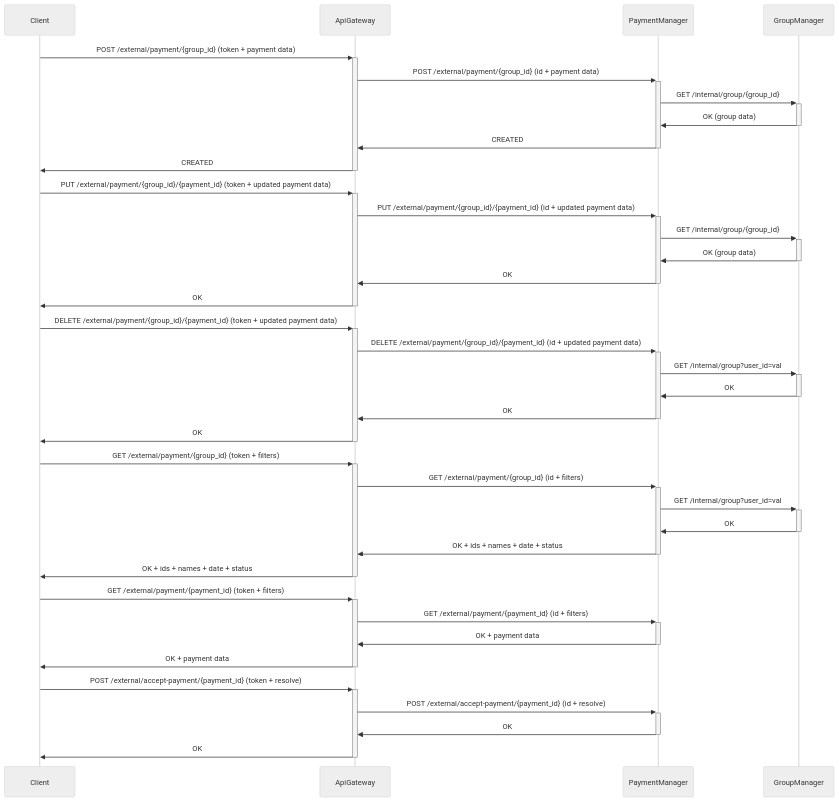
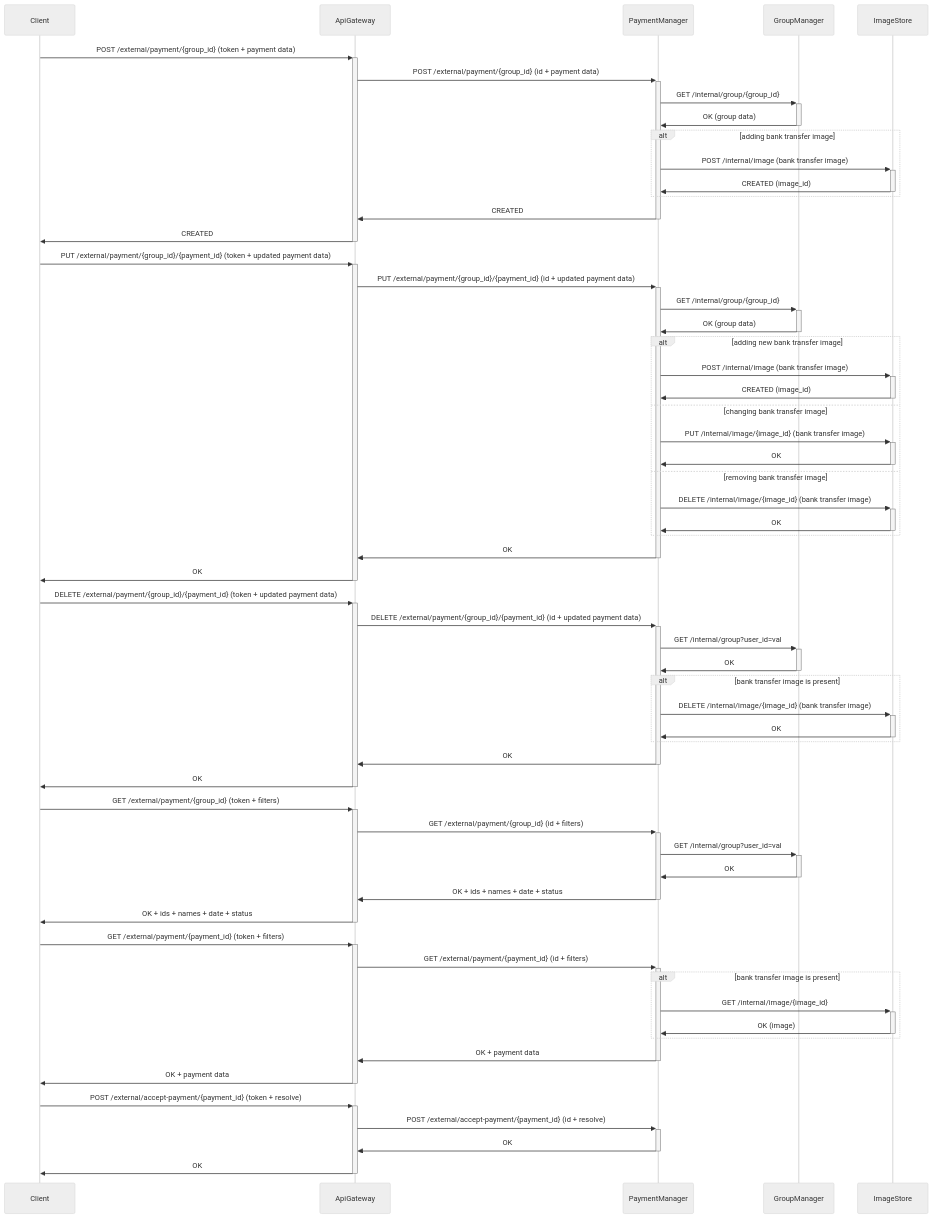
Before and after one commit to Group-Expense-Manager/gem-docs: the sixth of 9 diagrams in docs/diagrams.md, drawn with Mermaid (neutral theme). The commit also changed other lines of this file, not shown here.

Commit message:
edited requests to ImageStore in diagrams

````diff
--- a/docs/diagrams.md
+++ b/docs/diagrams.md
@@ -208,42 +250,64 @@
 ``` mermaid
 sequenceDiagram
 
 Client->>+ApiGateway: POST /external/payment/{group_id} (token + payment data)
 ApiGateway->>+PaymentManager: POST /external/payment/{group_id} (id + payment data)
 PaymentManager->>+GroupManager: GET /internal/group/{group_id}
 GroupManager->>-PaymentManager: OK (group data)
+alt adding bank transfer image
+    PaymentManager->>+ImageStore: POST /internal/image (bank transfer image)
+    ImageStore->>-PaymentManager: CREATED (image_id)
+end
 PaymentManager->>-ApiGateway: CREATED
 ApiGateway->>-Client: CREATED
 
 Client->>+ApiGateway: PUT /external/payment/{group_id}/{payment_id} (token + updated payment data)
 ApiGateway->>+PaymentManager: PUT /external/payment/{group_id}/{payment_id} (id + updated payment data)
 PaymentManager->>+GroupManager: GET /internal/group/{group_id}
 GroupManager->>-PaymentManager: OK (group data)
+alt adding new bank transfer image
+    PaymentManager->>+ImageStore: POST /internal/image (bank transfer image)
+    ImageStore->>-PaymentManager: CREATED (image_id)
+else changing bank transfer image
+    PaymentManager->>+ImageStore: PUT /internal/image/{image_id} (bank transfer image)
+    ImageStore->>-PaymentManager: OK
+else removing bank transfer image
+    PaymentManager->>+ImageStore: DELETE /internal/image/{image_id}  (bank transfer image)
+    ImageStore->>-PaymentManager: OK
+end
 PaymentManager->>-ApiGateway: OK
 ApiGateway->>-Client: OK
 
 Client->>+ApiGateway: DELETE /external/payment/{group_id}/{payment_id} (token + updated payment data)
 ApiGateway->>+PaymentManager: DELETE /external/payment/{group_id}/{payment_id} (id + updated payment data)
 PaymentManager->>+GroupManager: GET /internal/group?user_id=val
 GroupManager->>-PaymentManager: OK
+alt bank transfer image is present    
+    PaymentManager->>+ImageStore: DELETE /internal/image/{image_id}  (bank transfer image)
+    ImageStore->>-PaymentManager: OK
+end
 PaymentManager->>-ApiGateway: OK
 ApiGateway->>-Client: OK
 
 Client->>+ApiGateway: GET /external/payment/{group_id} (token + filters)
 ApiGateway->>+PaymentManager: GET /external/payment/{group_id} (id + filters)
 PaymentManager->>+GroupManager: GET /internal/group?user_id=val
 GroupManager->>-PaymentManager: OK
 PaymentManager->>-ApiGateway: OK + ids + names + date + status
 ApiGateway->>-Client: OK + ids + names + date + status
 
 
 Client->>+ApiGateway: GET /external/payment/{payment_id} (token + filters)
 ApiGateway->>+PaymentManager: GET /external/payment/{payment_id} (id + filters)
+alt bank transfer image is present 
+PaymentManager->>+ImageStore: GET /internal/image/{image_id} 
+ImageStore->>-PaymentManager: OK (image)
+end
 PaymentManager->>-ApiGateway: OK + payment data
 ApiGateway->>-Client: OK + payment data
 
 Client->>+ApiGateway: POST /external/accept-payment/{payment_id} (token + resolve)
 ApiGateway->>+PaymentManager: POST /external/accept-payment/{payment_id} (id + resolve)
 PaymentManager->>-ApiGateway: OK
 ApiGateway->>-Client: OK
 ```
````
